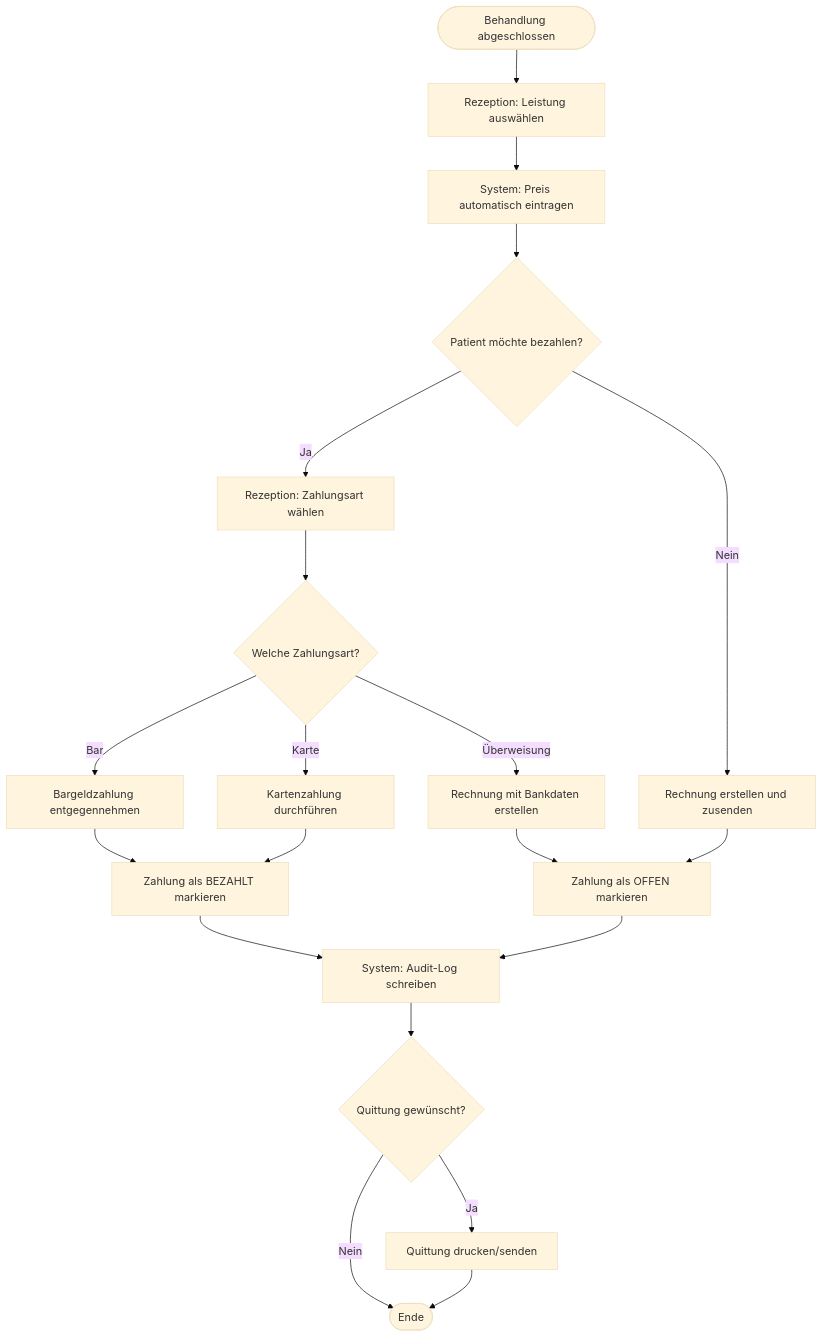
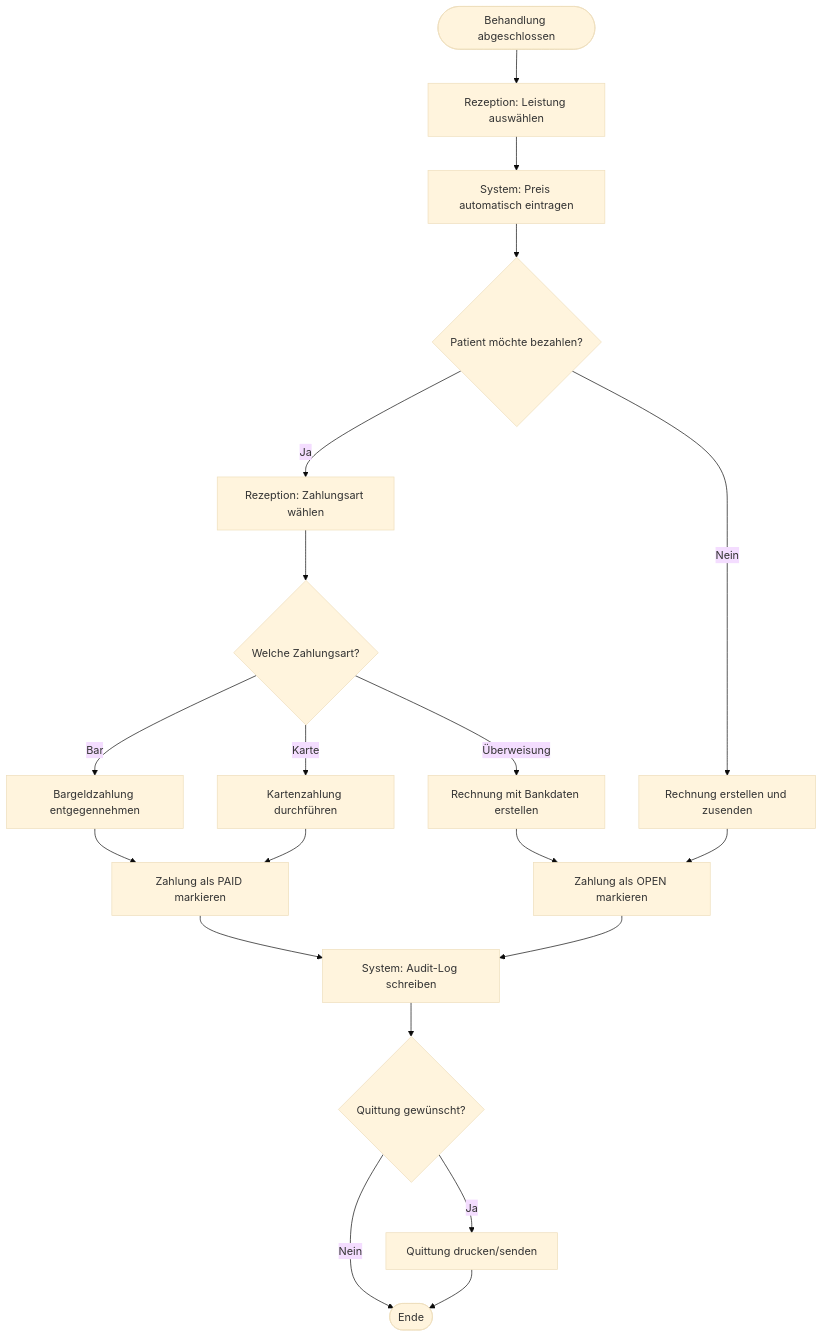
Before and after one commit to Achrafbennanizia/Medoc: the third of 5 diagrams in docs/uml/04-activity-diagram.md, drawn with Mermaid (base theme). The commit also changed other lines of this file and 1081 other files, not shown here.

````diff
--- a/docs/uml/04-activity-diagram.md
+++ b/docs/uml/04-activity-diagram.md
@@ -63,25 +63,25 @@
 ```mermaid
 flowchart TD
     Start([Behandlung abgeschlossen]) --> A[Rezeption: Leistung auswählen]
     A --> B[System: Preis automatisch eintragen]
     B --> C{Patient möchte bezahlen?}
 
     C -- Ja --> D[Rezeption: Zahlungsart wählen]
     D --> E{Welche Zahlungsart?}
     E -- Bar --> F[Bargeldzahlung entgegennehmen]
     E -- Karte --> G[Kartenzahlung durchführen]
     E -- Überweisung --> H[Rechnung mit Bankdaten erstellen]
-    F --> I[Zahlung als BEZAHLT markieren]
+    F --> I[Zahlung als PAID markieren]
     G --> I
-    H --> J[Zahlung als OFFEN markieren]
+    H --> J[Zahlung als OPEN markieren]
 
     C -- Nein --> K[Rechnung erstellen und zusenden]
     K --> J
 
     I --> L[System: Audit-Log schreiben]
     J --> L
     L --> M{Quittung gewünscht?}
     M -- Ja --> N[Quittung drucken/senden]
     M -- Nein --> O([Ende])
     N --> O
 ```
````
